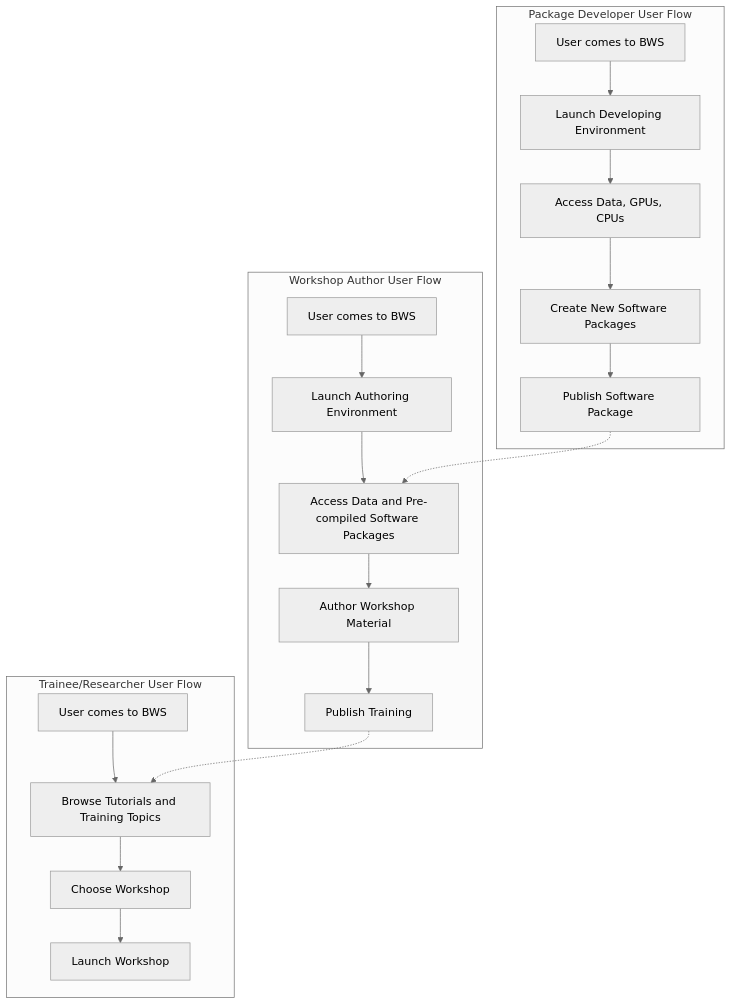
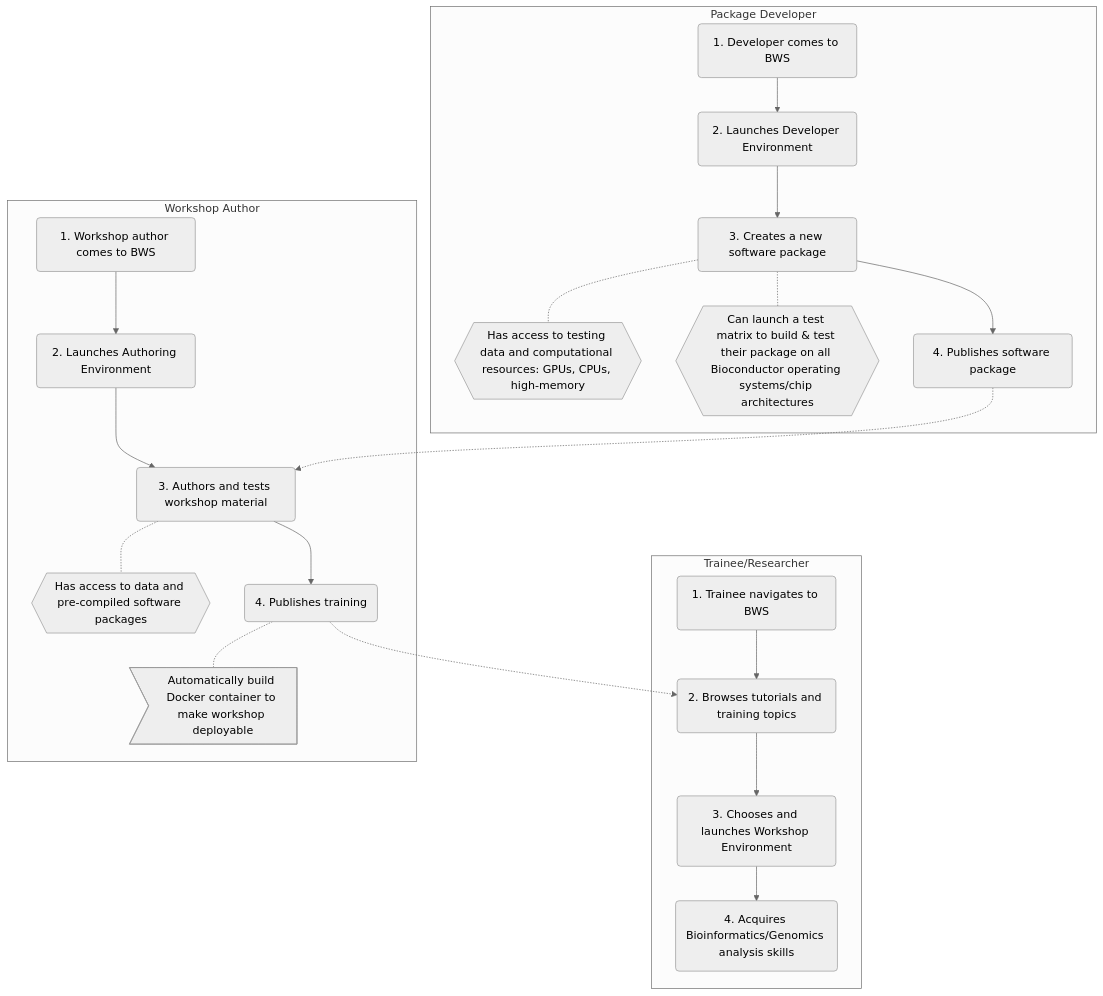
The diagram in README.md (almahmoud/czi-bws-flow), drawn with Mermaid (neutral theme) before and after one commit.

````diff
--- a/README.md
+++ b/README.md
@@ -1,37 +1,41 @@
 ```mermaid
 graph TB
   linkStyle default interpolate basis
-  subgraph "Trainee/Researcher User Flow"
-    A1[User comes to BWS]
-    A2[Browse Tutorials and Training Topics]
-    A3[Choose Workshop]
-    A4[Launch Workshop]
+  subgraph "Trainee/Researcher"
+    A1(1. Trainee navigates to BWS)
+    A2(2. Browses tutorials and training topics)
+    A3(3. Chooses and launches Workshop Environment)
+    A4(4. Acquires Bioinformatics/Genomics analysis skills)
     A1-->A2
     A2-->A3
     A3-->A4
   end
-  subgraph "Workshop Author User Flow"
-    B1[User comes to BWS]
-    B2[Launch Authoring Environment]
-    B3[Access Data and Pre-compiled Software Packages]
-    B4[Author Workshop Material]
-    B5[Publish Training]
+  subgraph "Workshop Author"
+    B1(1. Workshop author comes to BWS)
+    B2(2. Launches Authoring Environment)
+    B91{{Has access to data and pre-compiled software packages}}
+    B3(3. Authors and tests workshop material)
+    B4(4. Publishes training)
+    B92>Automatically build Docker container to make workshop deployable]
     B1-->B2
     B2-->B3
     B3-->B4
-    B4-->B5
+    B3-.-B91
+    B4-.-B92
   end
-  subgraph "Package Developer User Flow"
-    C1[User comes to BWS]
-    C2[Launch Developing Environment]
-    C3[Access Data, GPUs, CPUs]
-    C4[Create New Software Packages]
-    C5[Publish Software Package]
+  subgraph "Package Developer"
+    C1(1. Developer comes to BWS)
+    C2(2. Launches Developer Environment)
+    C91{{Has access to testing data and computational resources: GPUs, CPUs, high-memory}}
+    C92{{Can launch a test matrix to build & test their package on all Bioconductor operating systems/chip architectures}}
+    C3(3. Creates a new software package)
+    C4(4. Publishes software package)
     C1-->C2
     C2-->C3
     C3-->C4
-    C4-->C5
+    C3-.-C91
+    C3-.-C92
   end
-  B5-.->A2
-  C5-.->B3
+  B4-.->A2
+  C4-.->B3
   ```
````
